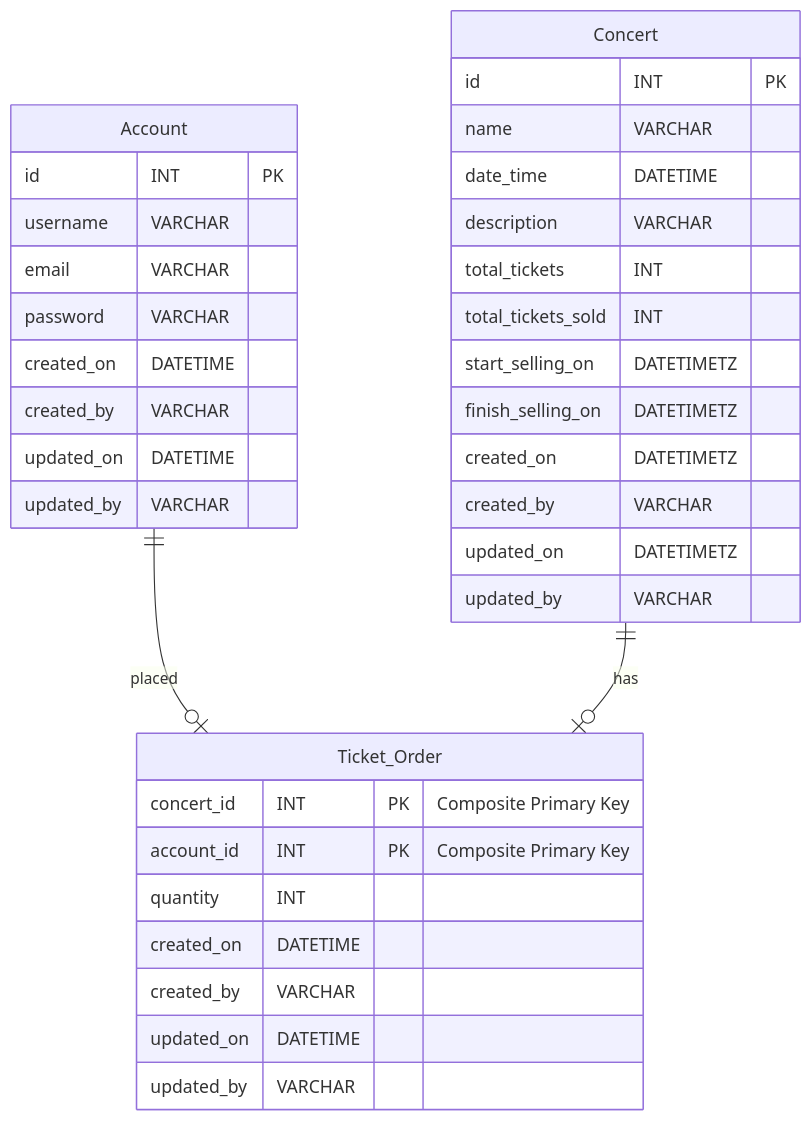
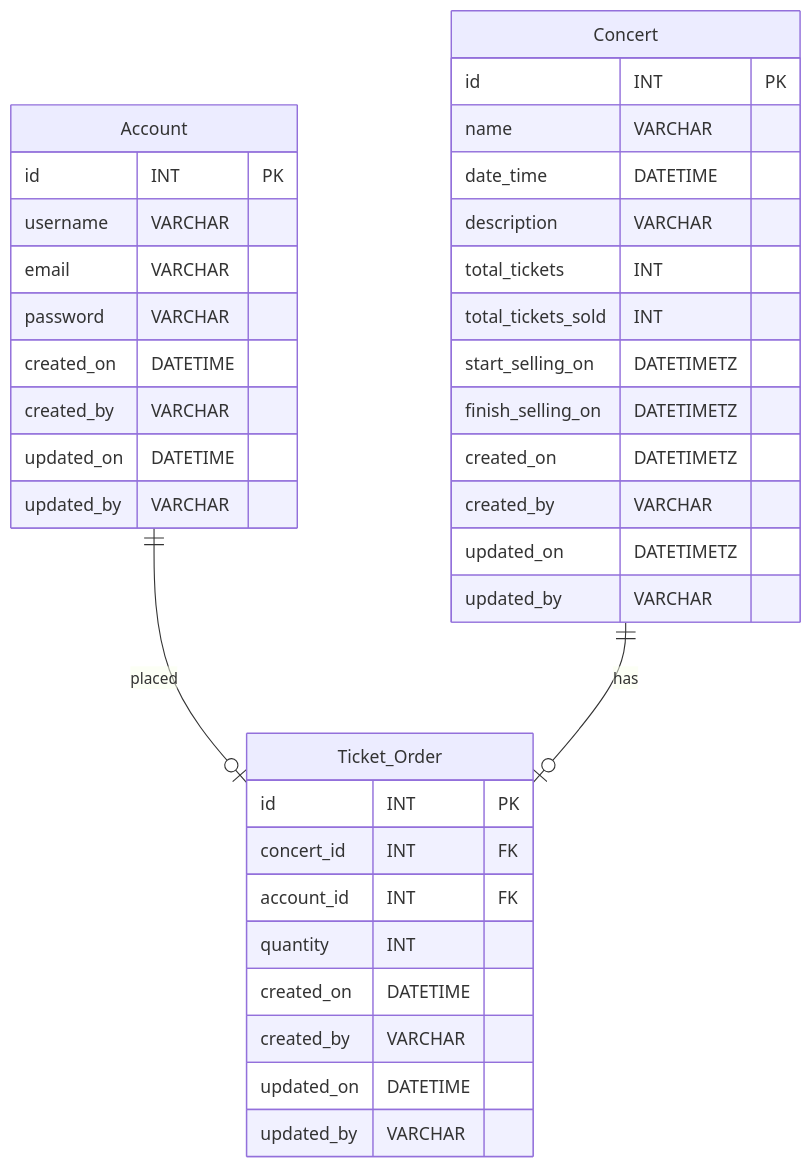
Before and after one commit to anantabin/concert: the diagram in readme.md, drawn with Mermaid. The commit also changed other lines of this file and 18 other files, not shown here.

````diff
--- a/readme.md
+++ b/readme.md
@@ -48,43 +49,44 @@
 ```mermaid
 erDiagram
     Account {
         id INT PK
         username VARCHAR
         email VARCHAR
         password VARCHAR
         created_on DATETIME
         created_by VARCHAR
         updated_on DATETIME
         updated_by VARCHAR
     }
 
     Concert {
         id INT PK
         name VARCHAR
         date_time DATETIME
         description VARCHAR
         total_tickets INT
         total_tickets_sold INT
         start_selling_on DATETIMETZ
         finish_selling_on DATETIMETZ
         created_on DATETIMETZ
         created_by VARCHAR
         updated_on DATETIMETZ
         updated_by VARCHAR
     }
 
     Ticket_Order {
-        concert_id INT PK "Composite Primary Key"
-        account_id INT PK "Composite Primary Key"
+        id INT PK
+        concert_id INT FK
+        account_id INT FK
         quantity INT
         created_on DATETIME
         created_by VARCHAR
         updated_on DATETIME
         updated_by VARCHAR
     }
 
    
     Account ||--o| Ticket_Order : placed
     Concert ||--o| Ticket_Order : has
 
 ```
````
